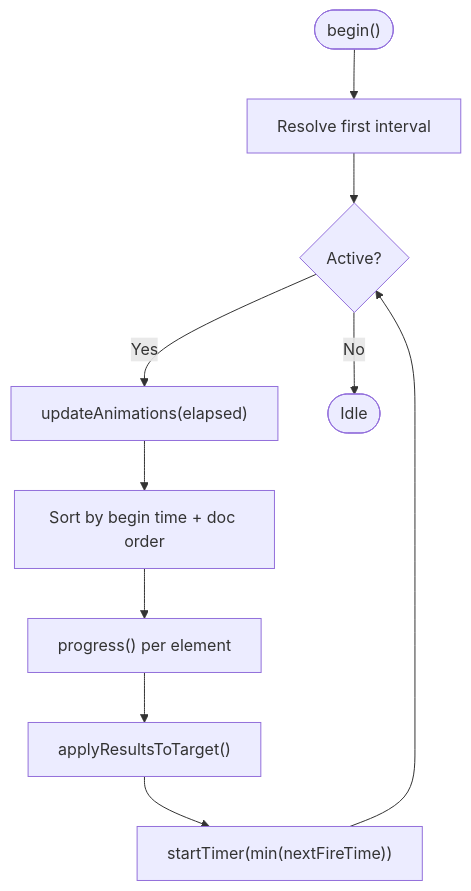
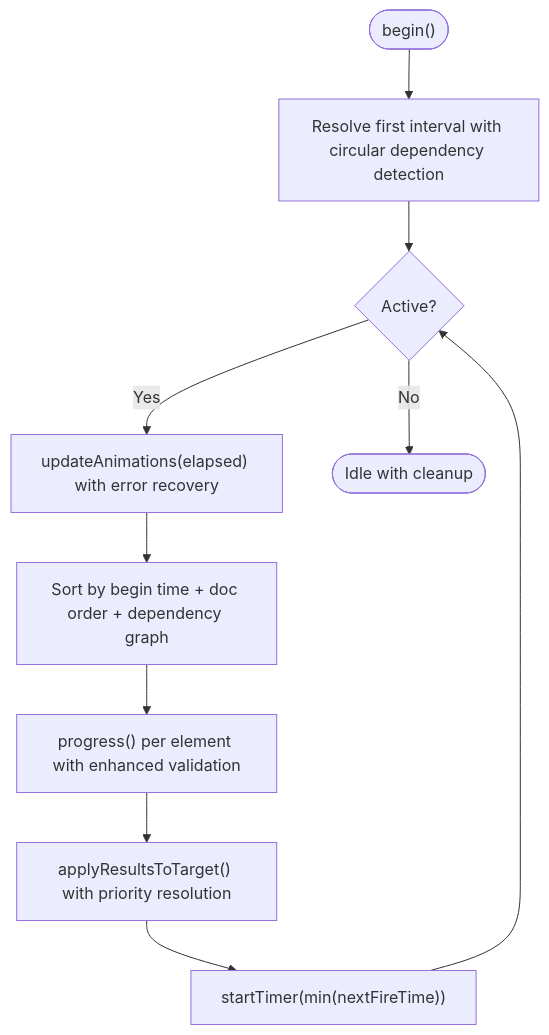
Before and after one commit to denisnadey/flutter_full_svg_support: the fourth of 11 diagrams in .qoder/repowiki/en/content/Animated SVG Support/SMIL Animation Specification/SMIL Animation Specification.md, drawn with Mermaid. The commit also changed other lines of this file and 20 other files, not shown here.

````diff
--- a/.qoder/repowiki/en/content/Animated SVG Support/SMIL Animation Specification/SMIL Animation Specification.md
+++ b/.qoder/repowiki/en/content/Animated SVG Support/SMIL Animation Specification/SMIL Animation Specification.md
@@ -217,12 +275,12 @@
 ```mermaid
 flowchart TD
-Start(["begin()"]) --> Resolve["Resolve first interval"]
+Start(["begin()"]) --> Resolve["Resolve first interval with circular dependency detection"]
 Resolve --> Loop{"Active?"}
-Loop --> |Yes| Tick["updateAnimations(elapsed)"]
-Tick --> Sort["Sort by begin time + doc order"]
-Sort --> Progress["progress() per element"]
-Progress --> Apply["applyResultsToTarget()"]
+Loop --> |Yes| Tick["updateAnimations(elapsed) with error recovery"]
+Tick --> Sort["Sort by begin time + doc order + dependency graph"]
+Sort --> Progress["progress() per element with enhanced validation"]
+Progress --> Apply["applyResultsToTarget() with priority resolution"]
 Apply --> Next["startTimer(min(nextFireTime))"]
 Next --> Loop
-Loop --> |No| End(["Idle"])
+Loop --> |No| End(["Idle with cleanup"])
 ```
````
